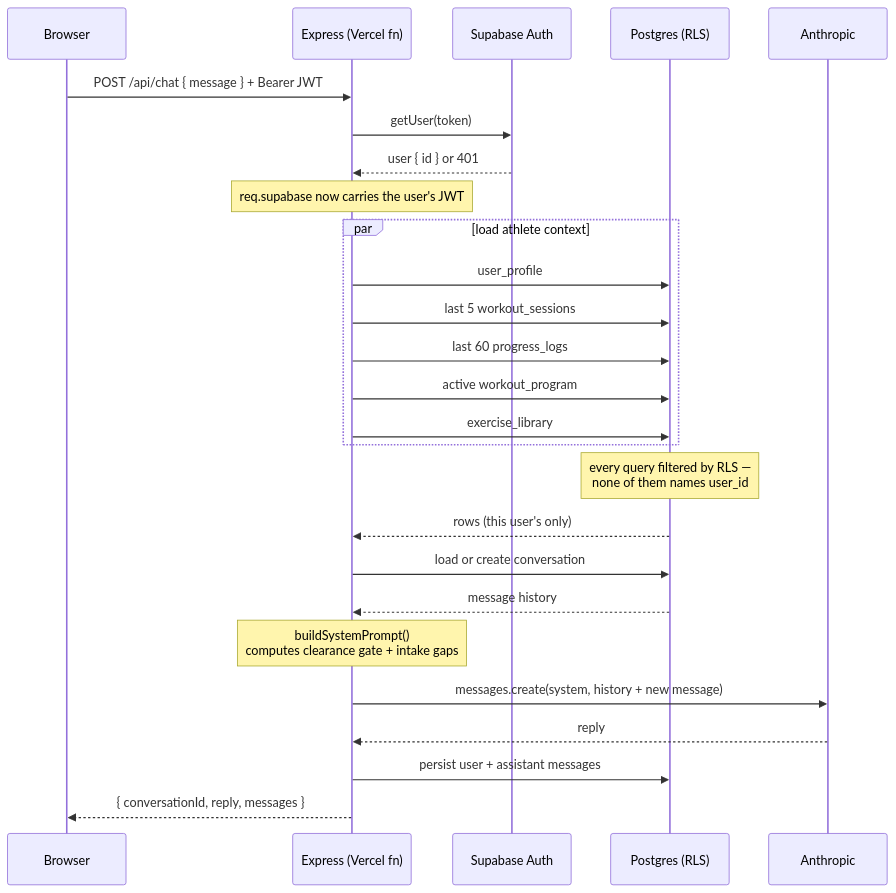
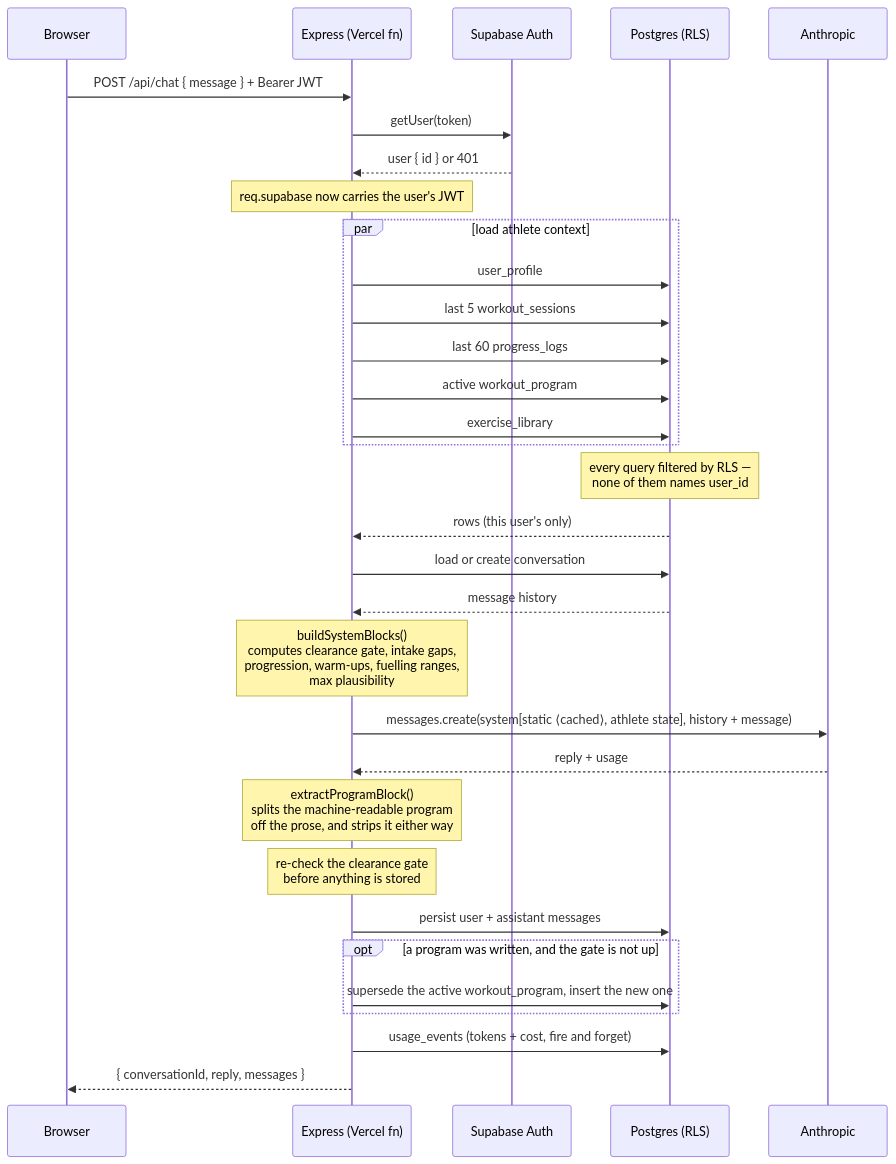
Before and after one commit to keepitonthehushhush/powerlifting-ai-coach: the second of 3 diagrams in docs/ARCHITECTURE.md, drawn with Mermaid. The commit also changed other lines of this file and 1 other file, not shown here.

````diff
--- a/docs/ARCHITECTURE.md
+++ b/docs/ARCHITECTURE.md
@@ -44,33 +44,40 @@
 ```mermaid
 sequenceDiagram
     participant B as Browser
     participant E as Express (Vercel fn)
     participant A as Supabase Auth
     participant P as Postgres (RLS)
     participant C as Anthropic
 
     B->>E: POST /api/chat { message } + Bearer JWT
     E->>A: getUser(token)
     A-->>E: user { id } or 401
     Note over E: req.supabase now carries the user's JWT
 
     par load athlete context
         E->>P: user_profile
         E->>P: last 5 workout_sessions
         E->>P: last 60 progress_logs
         E->>P: active workout_program
         E->>P: exercise_library
     end
     Note over P: every query filtered by RLS —<br/>none of them names user_id
 
     P-->>E: rows (this user's only)
     E->>P: load or create conversation
     P-->>E: message history
 
-    Note over E: buildSystemPrompt()<br/>computes clearance gate + intake gaps
-    E->>C: messages.create(system, history + new message)
-    C-->>E: reply
+    Note over E: buildSystemBlocks()<br/>computes clearance gate, intake gaps,<br/>progression, warm-ups, fuelling ranges,<br/>max plausibility
+    E->>C: messages.create(system[static ⟨cached⟩, athlete state], history + message)
+    C-->>E: reply + usage
+
+    Note over E: extractProgramBlock()<br/>splits the machine-readable program<br/>off the prose, and strips it either way
+    Note over E: re-check the clearance gate<br/>before anything is stored
 
     E->>P: persist user + assistant messages
+    opt a program was written, and the gate is not up
+        E->>P: supersede the active workout_program, insert the new one
+    end
+    E->>P: usage_events (tokens + cost, fire and forget)
     E-->>B: { conversationId, reply, messages }
 ```
````
